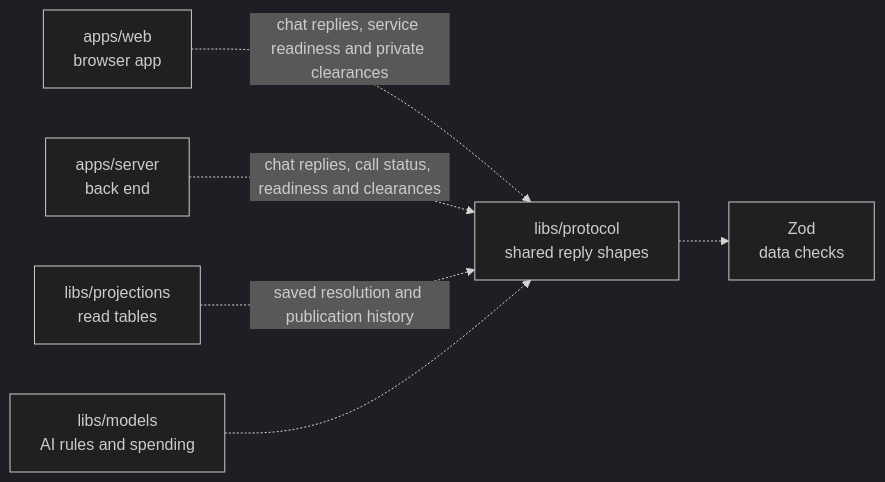
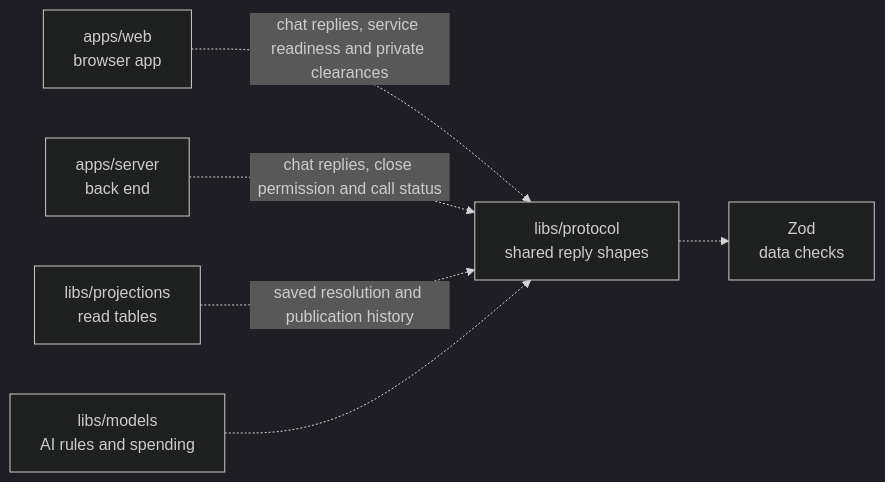
One commit to elewa-git/opencrane-new changed the diagram in libs/protocol/README.md. Above: the diagram before and after it, drawn with Mermaid (dark theme). The commit also changed other lines of this file and 37 other files, not shown here.

Commit message:
🔒 Add close review and read-only chat

````diff
--- a/libs/protocol/README.md
+++ b/libs/protocol/README.md
@@ -38,8 +38,8 @@
 ```mermaid
 flowchart LR
   web["apps/web<br/>browser app"] -.->|chat replies, service readiness and private clearances| protocol["libs/protocol<br/>shared reply shapes"]
-  server["apps/server<br/>back end"] -.->|chat replies, call status, readiness and clearances| protocol
+  server["apps/server<br/>back end"] -.->|chat replies, close permission and call status| protocol
   projections["libs/projections<br/>read tables"] -.->|saved resolution and publication history| protocol
   models["libs/models<br/>AI rules and spending"] -.-> protocol
   protocol -.-> zod["Zod<br/>data checks"]
 ```
````
